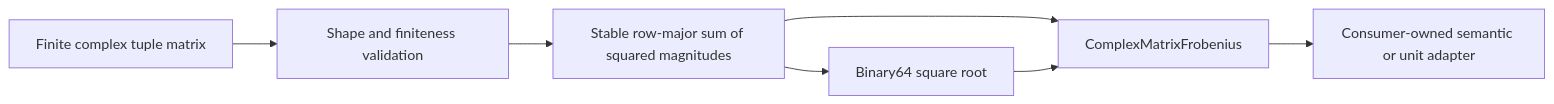
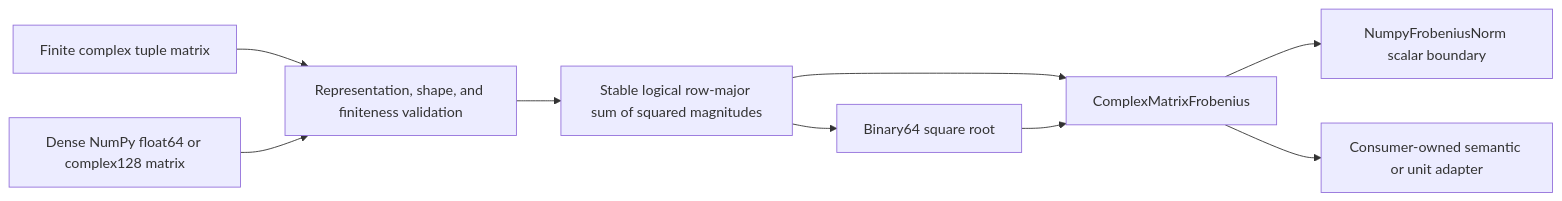
Before and after one commit to eragasa/projectkoios-optimization: the diagram in docs/architecture/projectkoios/numerics/linalg/frobenius/schematics.md, drawn with Mermaid. The commit also changed 12 other files, not shown here.

Commit message:
Add dense NumPy Frobenius norm

````diff
--- a/docs/architecture/projectkoios/numerics/linalg/frobenius/schematics.md
+++ b/docs/architecture/projectkoios/numerics/linalg/frobenius/schematics.md
@@ -3,9 +3,11 @@
 ```mermaid
 flowchart LR
-    A[Finite complex tuple matrix] --> V[Shape and finiteness validation]
-    V --> P[Stable row-major sum of squared magnitudes]
+    T[Finite complex tuple matrix] --> V[Representation, shape, and finiteness validation]
+    D[Dense NumPy float64 or complex128 matrix] --> V
+    V --> P[Stable logical row-major sum of squared magnitudes]
     P --> N[Binary64 square root]
     P --> R[ComplexMatrixFrobenius]
     N --> R
+    R --> E[NumpyFrobeniusNorm scalar boundary]
     R --> C[Consumer-owned semantic or unit adapter]
 ```
````
